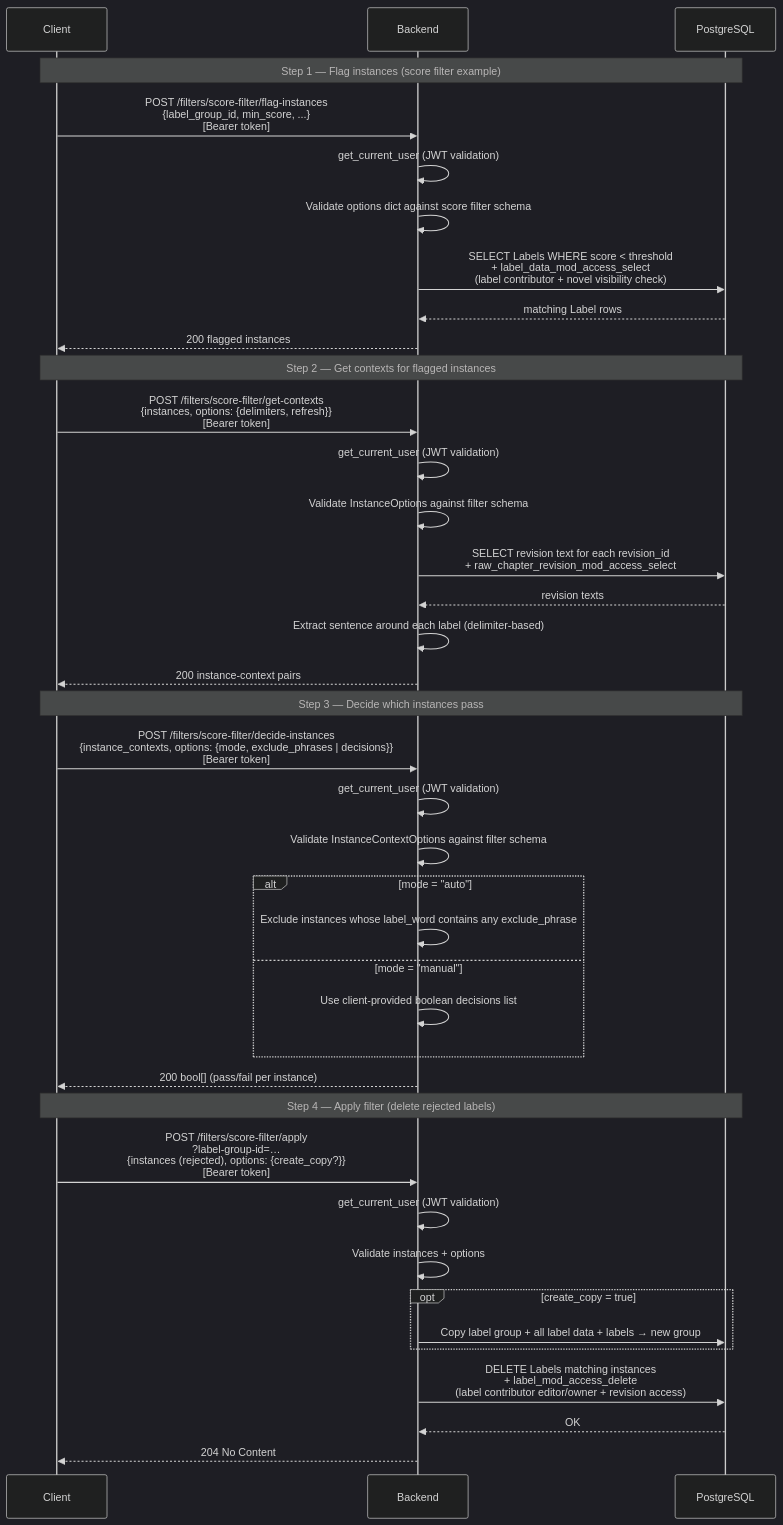
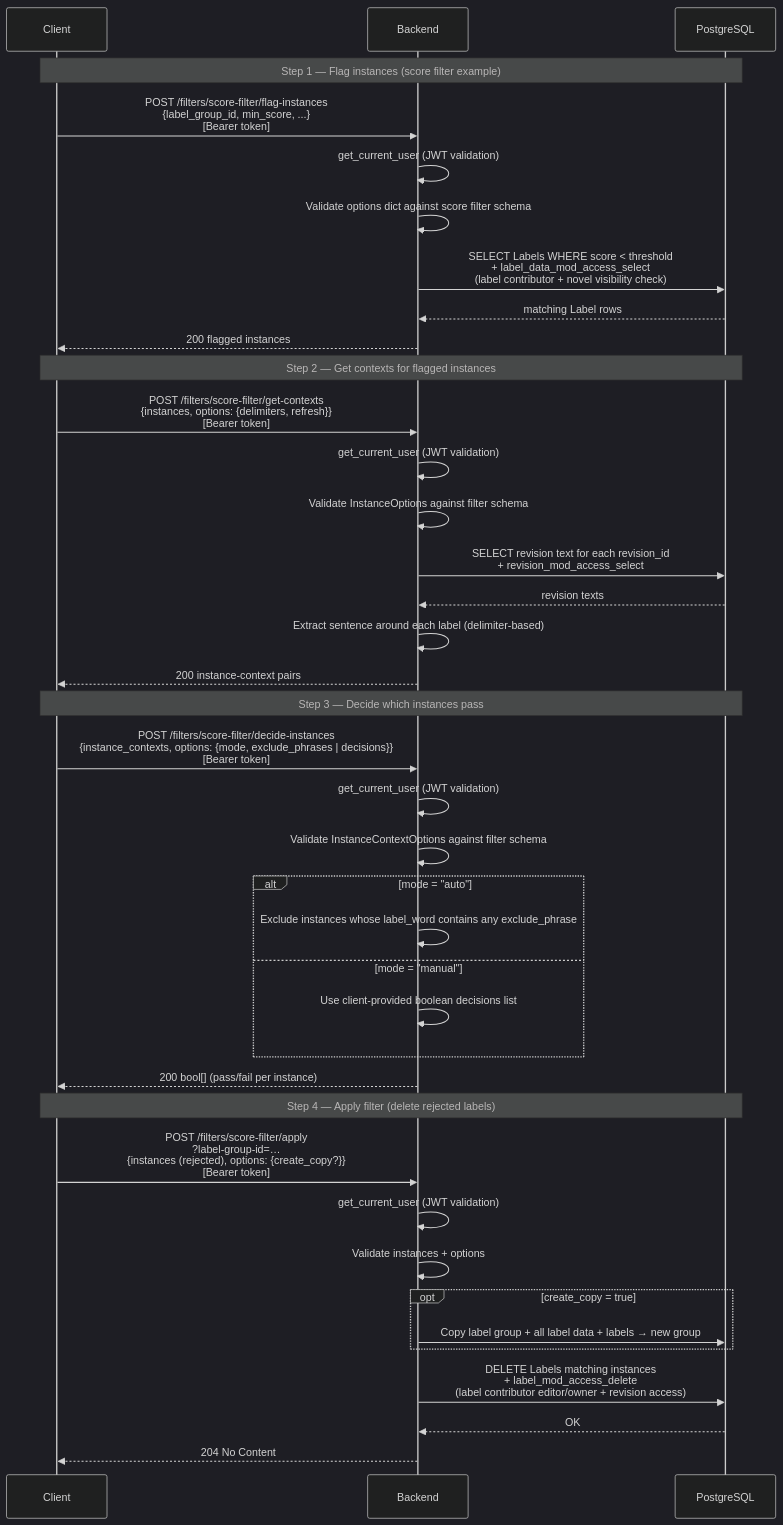
Before and after one commit to lzguan/noveltl: the second of 2 diagrams in docs/filter-system.md, drawn with Mermaid (dark theme). The commit also changed other lines of this file and 27 other files, not shown here.

First line of the commit message:
rename frontend RawChapter/RawChapterRevision to Chapter/Revision, doc audit fixes, add write-documentation skill

````diff
--- a/docs/filter-system.md
+++ b/docs/filter-system.md
@@ -363,45 +363,45 @@
 ```mermaid
 sequenceDiagram
     participant C as Client
     participant B as Backend
     participant DB as PostgreSQL
 
     note over DB,C: Step 1 — Flag instances (score filter example)
     C->>B: POST /filters/score-filter/flag-instances<br/>{label_group_id, min_score, ...}<br/>[Bearer token]
     B->>B: get_current_user (JWT validation)
     B->>B: Validate options dict against score filter schema
     B->>DB: SELECT Labels WHERE score < threshold<br/>+ label_data_mod_access_select<br/>(label contributor + novel visibility check)
     DB-->>B: matching Label rows
     B-->>C: 200 flagged instances
 
     note over DB,C: Step 2 — Get contexts for flagged instances
     C->>B: POST /filters/score-filter/get-contexts<br/>{instances, options: {delimiters, refresh}}<br/>[Bearer token]
     B->>B: get_current_user (JWT validation)
     B->>B: Validate InstanceOptions against filter schema
-    B->>DB: SELECT revision text for each revision_id<br/>+ raw_chapter_revision_mod_access_select
+    B->>DB: SELECT revision text for each revision_id<br/>+ revision_mod_access_select
     DB-->>B: revision texts
     B->>B: Extract sentence around each label (delimiter-based)
     B-->>C: 200 instance-context pairs
 
     note over DB,C: Step 3 — Decide which instances pass
     C->>B: POST /filters/score-filter/decide-instances<br/>{instance_contexts, options: {mode, exclude_phrases | decisions}}<br/>[Bearer token]
     B->>B: get_current_user (JWT validation)
     B->>B: Validate InstanceContextOptions against filter schema
     alt mode = "auto"
         B->>B: Exclude instances whose label_word contains any exclude_phrase
     else mode = "manual"
         B->>B: Use client-provided boolean decisions list
     end
     B-->>C: 200 bool[] (pass/fail per instance)
 
     note over DB,C: Step 4 — Apply filter (delete rejected labels)
     C->>B: POST /filters/score-filter/apply<br/>?label-group-id=…<br/>{instances (rejected), options: {create_copy?}}<br/>[Bearer token]
     B->>B: get_current_user (JWT validation)
     B->>B: Validate instances + options
     opt create_copy = true
         B->>DB: Copy label group + all label data + labels → new group
     end
     B->>DB: DELETE Labels matching instances<br/>+ label_mod_access_delete<br/>(label contributor editor/owner + revision access)
     DB-->>B: OK
     B-->>C: 204 No Content
 ```
````
